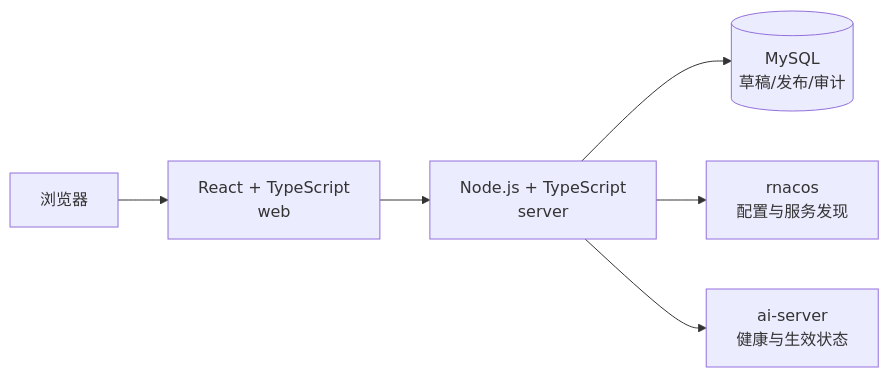
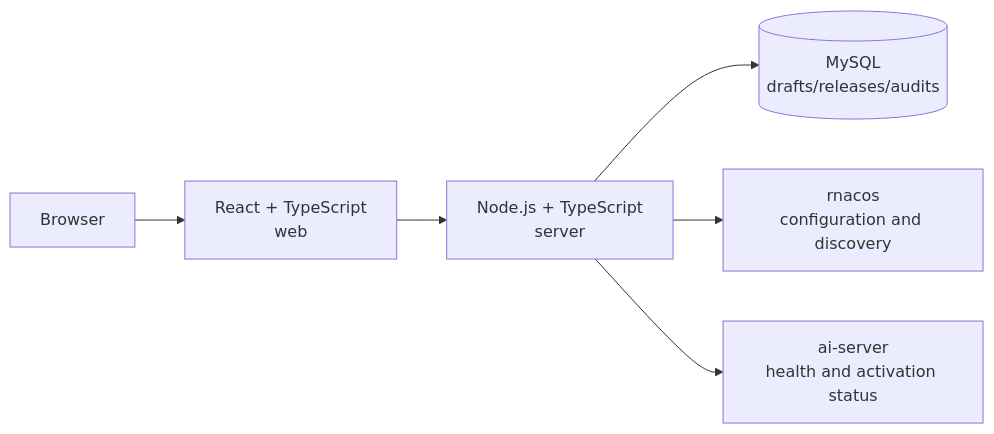
The diagram in README.md (fiber-net-gateway/ai-gateway), drawn with Mermaid before and after one commit. The commit also changed other lines of this file and 1 other file, not shown here.

````diff
--- a/README.md
+++ b/README.md
@@ -22,8 +27,8 @@
 ```mermaid
 flowchart LR
-    B[浏览器] --> W[React + TypeScript<br/>web]
+    B[Browser] --> W[React + TypeScript<br/>web]
     W --> A[Node.js + TypeScript<br/>server]
-    A --> D[(MySQL<br/>草稿/发布/审计)]
-    A --> N[rnacos<br/>配置与服务发现]
-    A --> S[ai-server<br/>健康与生效状态]
+    A --> D[(MySQL<br/>drafts/releases/audits)]
+    A --> N[rnacos<br/>configuration and discovery]
+    A --> S[ai-server<br/>health and activation status]
 ```
````
